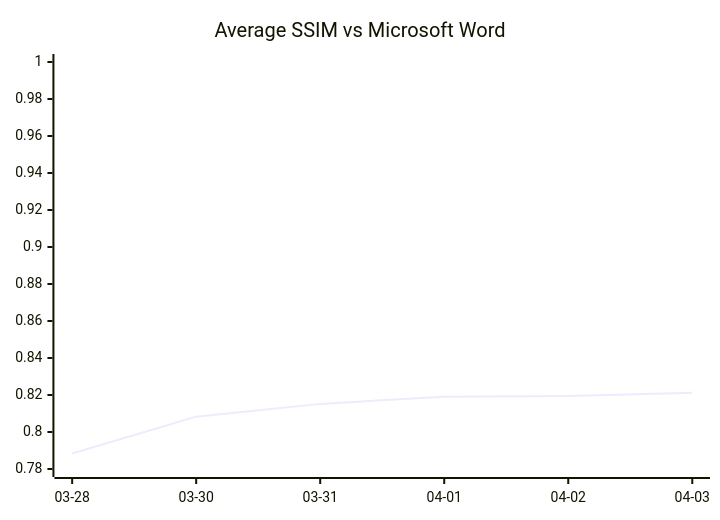
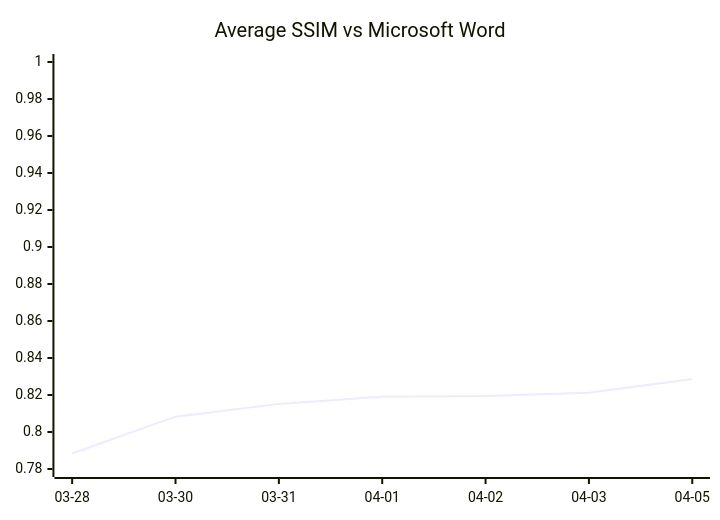
The diagram in README.md (Ryujiyasu/oxi), drawn with Mermaid before and after one commit. The commit also changed other lines of this file, not shown here.

````diff
--- a/README.md
+++ b/README.md
@@ -177,7 +177,7 @@
 ```mermaid
 xychart-beta
   title "Average SSIM vs Microsoft Word"
-  x-axis ["03-28", "03-30", "03-31", "04-01", "04-02", "04-03"]
+  x-axis ["03-28", "03-30", "03-31", "04-01", "04-02", "04-03", "04-05"]
   y-axis 0.78 --> 1.0
-  line [0.7884, 0.8083, 0.8152, 0.8191, 0.8194, 0.8212]
+  line [0.7884, 0.8083, 0.8152, 0.8191, 0.8194, 0.8212, 0.8286]
 ```
````
